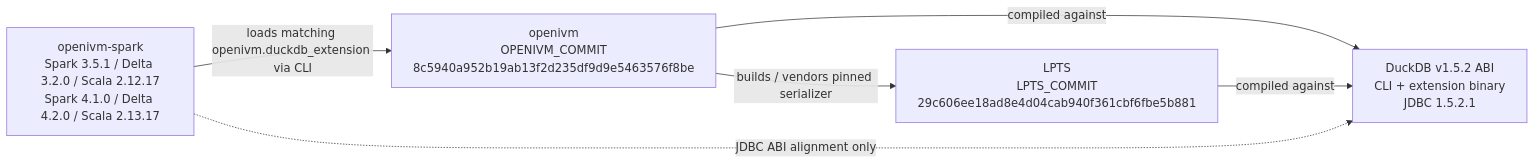
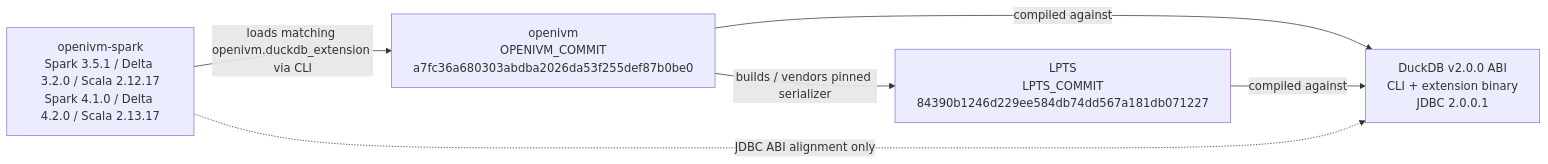
The fourth of 4 diagrams in docs/architecture/lpts/8-integration-with-openivm-and-spark.md (mdrakiburrahman/openivm-spark), drawn with Mermaid before and after one commit. The commit also changed other lines of this file and 5 other files, not shown here.

````diff
--- a/docs/architecture/lpts/8-integration-with-openivm-and-spark.md
+++ b/docs/architecture/lpts/8-integration-with-openivm-and-spark.md
@@ -530,13 +528,13 @@
 ```mermaid
 flowchart LR
   OSS["openivm-spark\nSpark 3.5.1 / Delta 3.2.0 / Scala 2.12.17\nSpark 4.1.0 / Delta 4.2.0 / Scala 2.13.17"]
-  OIVM["openivm\nOPENIVM_COMMIT\n8c5940a952b19ab13f2d235df9d9e5463576f8be"]
-  LPTS["LPTS\nLPTS_COMMIT\n29c606ee18ad8e4d04cab940f361cbf6fbe5b881"]
-  Duck["DuckDB v1.5.2 ABI\nCLI + extension binary\nJDBC 1.5.2.1"]
+  OIVM["openivm\nOPENIVM_COMMIT\na7fc36a680303abdba2026da53f255def87b0be0"]
+  LPTS["LPTS\nLPTS_COMMIT\n84390b1246d229ee584db74dd567a181db071227"]
+  Duck["DuckDB v2.0.0 ABI\nCLI + extension binary\nJDBC 2.0.0.1"]
 
   OSS -->|"loads matching openivm.duckdb_extension via CLI"| OIVM
   OIVM -->|"builds / vendors pinned serializer"| LPTS
   OIVM -->|"compiled against"| Duck
   LPTS -->|"compiled against"| Duck
   OSS -.->|"JDBC ABI alignment only"| Duck
 ```
````
